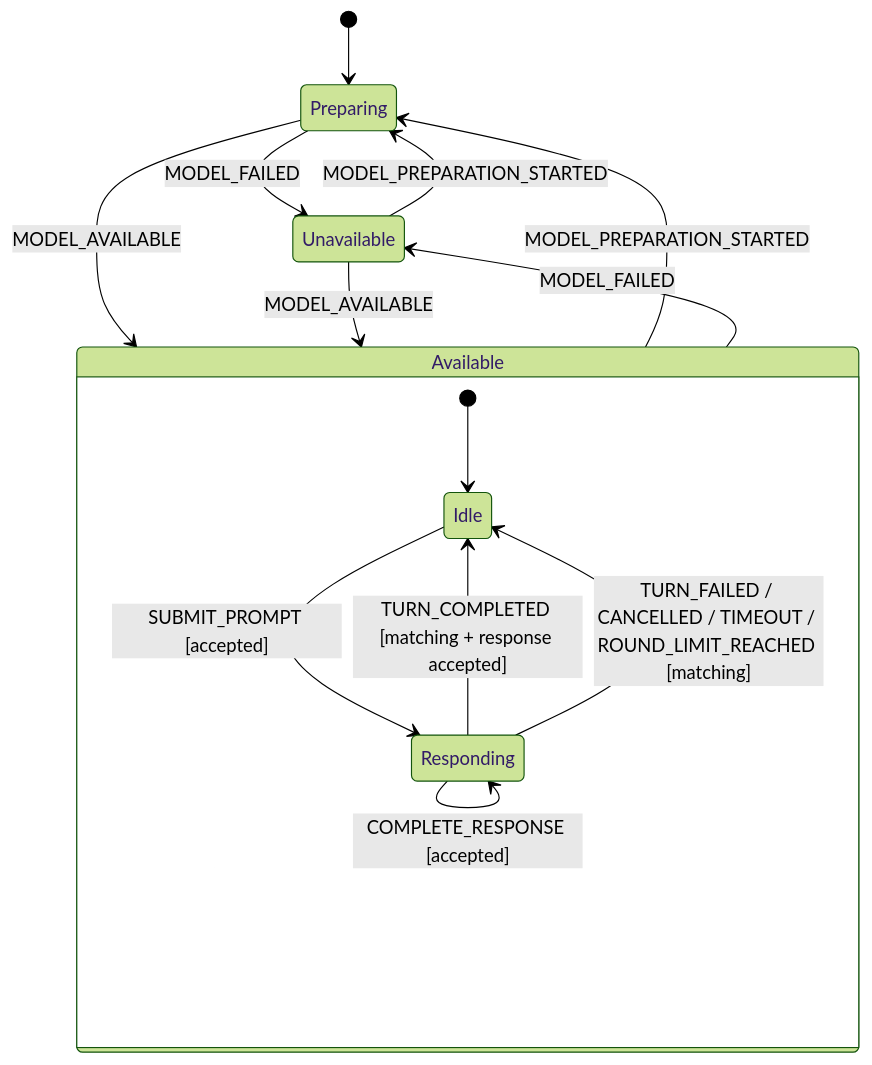
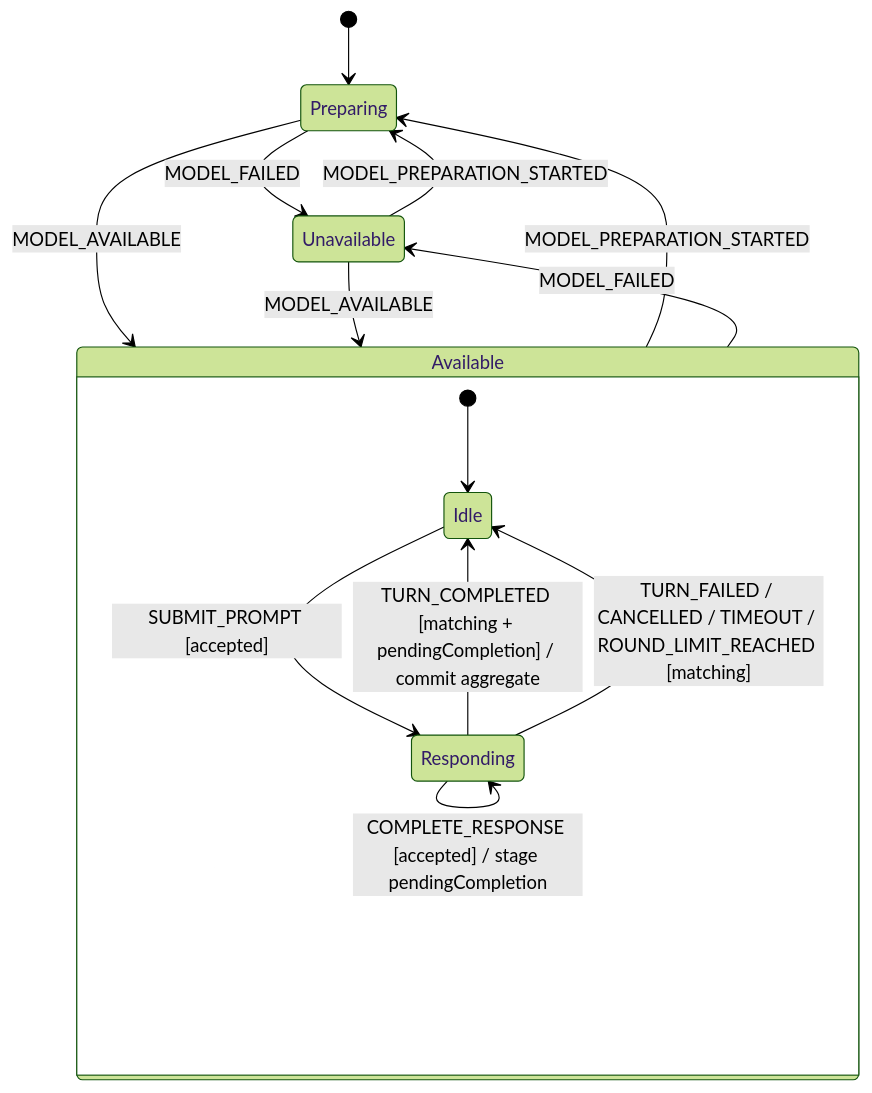
Before and after one commit to 0xjcf/ignite-element: the first of 4 diagrams in examples/agents/voice-workbench/README.md, drawn with Mermaid (forest theme). The commit also changed other lines of this file, not shown here.

Commit message:
docs: describe atomic turn completion

````diff
--- a/examples/agents/voice-workbench/README.md
+++ b/examples/agents/voice-workbench/README.md
@@ -316,19 +325,19 @@
 ```mermaid
 stateDiagram-v2
     [*] --> Preparing
     Preparing --> Available: MODEL_AVAILABLE
     Preparing --> Unavailable: MODEL_FAILED
     Unavailable --> Preparing: MODEL_PREPARATION_STARTED
     Unavailable --> Available: MODEL_AVAILABLE
 
     state Available {
         [*] --> Idle
         Idle --> Responding: SUBMIT_PROMPT [accepted]
-        Responding --> Responding: COMPLETE_RESPONSE [accepted]
-        Responding --> Idle: TURN_COMPLETED [matching + response accepted]
+        Responding --> Responding: COMPLETE_RESPONSE [accepted] / stage pendingCompletion
+        Responding --> Idle: TURN_COMPLETED [matching + pendingCompletion] / commit aggregate
         Responding --> Idle: TURN_FAILED / CANCELLED / TIMEOUT / ROUND_LIMIT_REACHED [matching]
     }
 
     Available --> Preparing: MODEL_PREPARATION_STARTED
     Available --> Unavailable: MODEL_FAILED
 ```
````
